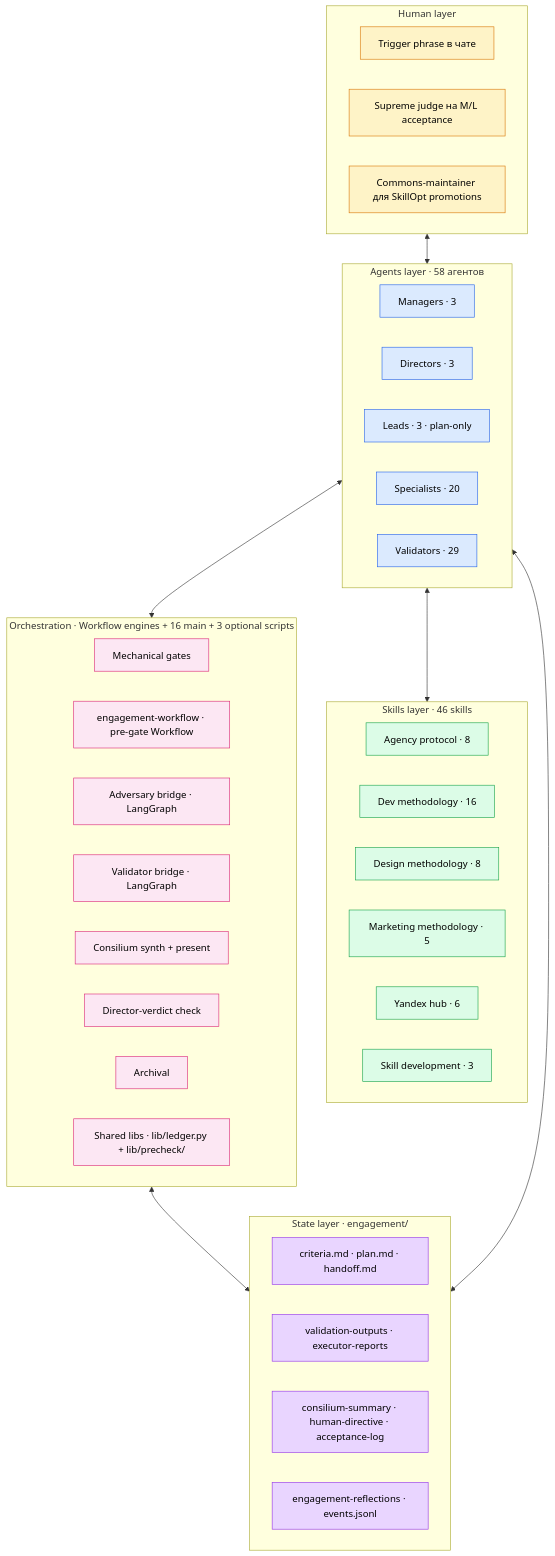
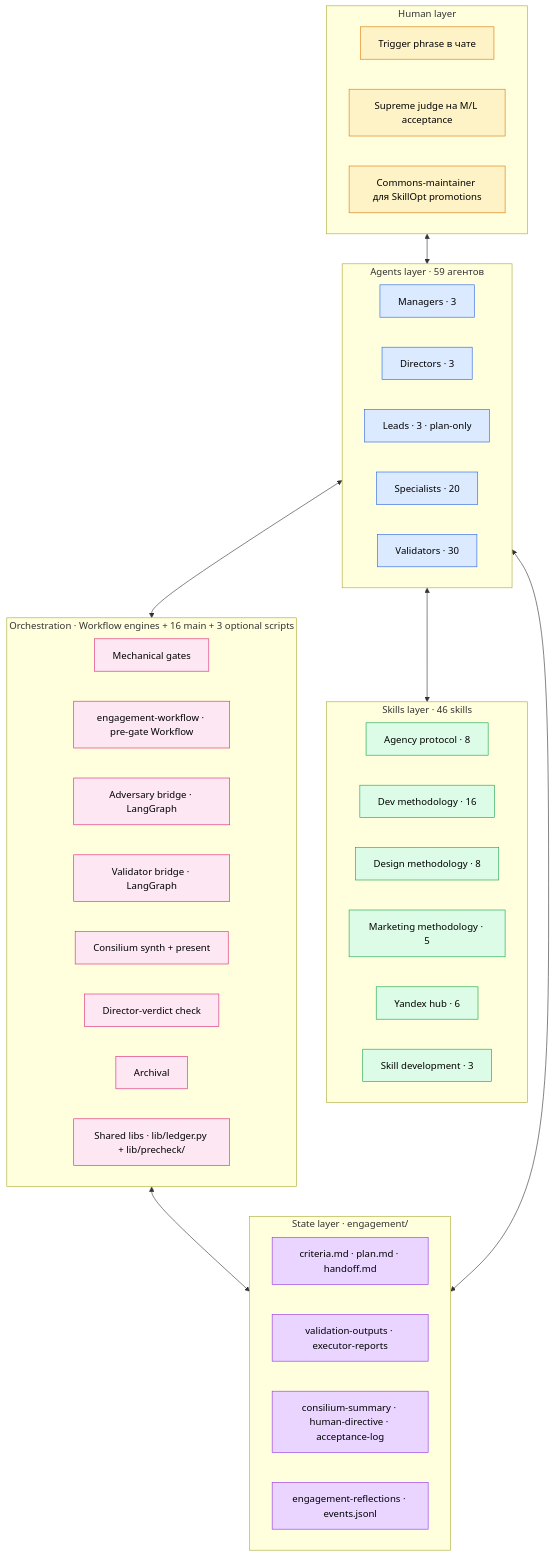
One commit to AgentShekel/agentic-workflow changed the first of 6 diagrams in ARCHITECTURE.ru.md. Above: the diagram before and after it, drawn with Mermaid. The commit also changed other lines of this file and 31 other files, not shown here.

````diff
--- a/ARCHITECTURE.ru.md
+++ b/ARCHITECTURE.ru.md
@@ -97,61 +106,61 @@
 ```mermaid
 flowchart TB
     subgraph Human ["Human layer"]
         H1[Trigger phrase в чате]
         H2[Supreme judge на M/L acceptance]
         H3[Commons-maintainer для SkillOpt promotions]
     end
 
-    subgraph Agents ["Agents layer · 58 агентов"]
+    subgraph Agents ["Agents layer · 59 агентов"]
         AM[Managers · 3]
         AD[Directors · 3]
         AL[Leads · 3 · plan-only]
         AS[Specialists · 20]
-        AV[Validators · 29]
+        AV[Validators · 30]
     end
 
     subgraph Skills ["Skills layer · 46 skills"]
         SK1[Agency protocol · 8]
         SK2[Dev methodology · 16]
         SK3[Design methodology · 8]
         SK4[Marketing methodology · 5]
         SK5[Yandex hub · 6]
         SK6[Skill development · 3]
     end
 
     subgraph Orch ["Orchestration · Workflow engines + 16 main + 3 optional scripts"]
         O1[Mechanical gates]
         O2[engagement-workflow · pre-gate Workflow]
         O3[Adversary bridge · LangGraph]
         O4[Validator bridge · LangGraph]
         O5[Consilium synth + present]
         O6[Director-verdict check]
         O7[Archival]
         O8[Shared libs · lib/ledger.py + lib/precheck/]
     end
 
     subgraph State ["State layer · engagement/"]
         ST1[criteria.md · plan.md · handoff.md]
         ST2[validation-outputs · executor-reports]
         ST3[consilium-summary · human-directive · acceptance-log]
         ST4[engagement-reflections · events.jsonl]
     end
 
     Human <--> Agents
     Agents <--> Skills
     Agents <--> Orch
     Orch <--> State
     Agents <--> State
 
     classDef human fill:#fef3c7,stroke:#d97706,color:#000
     classDef agents fill:#dbeafe,stroke:#2563eb,color:#000
     classDef skills fill:#dcfce7,stroke:#16a34a,color:#000
     classDef orch fill:#fce7f3,stroke:#db2777,color:#000
     classDef state fill:#e9d5ff,stroke:#9333ea,color:#000
 
     class H1,H2,H3 human
     class AM,AD,AL,AS,AV agents
     class SK1,SK2,SK3,SK4,SK5,SK6 skills
     class O1,O2,O3,O4,O5,O6,O7,O8 orch
     class ST1,ST2,ST3,ST4 state
 ```
````
